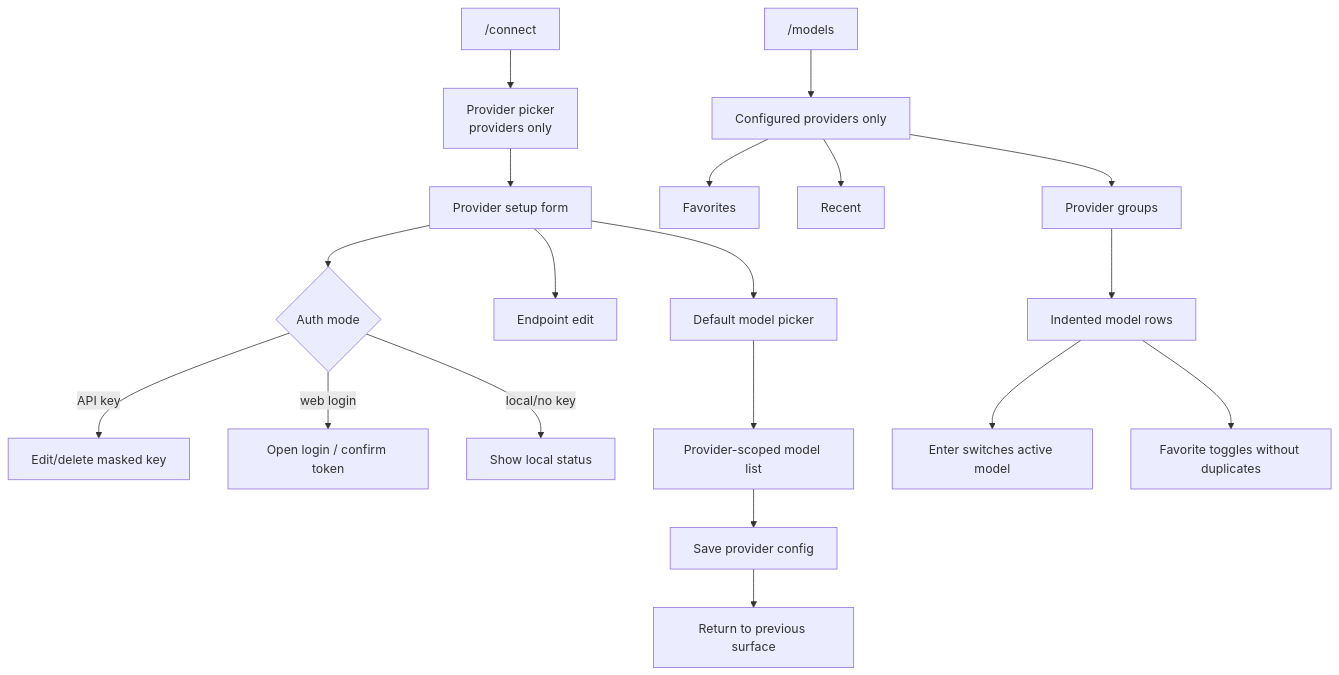
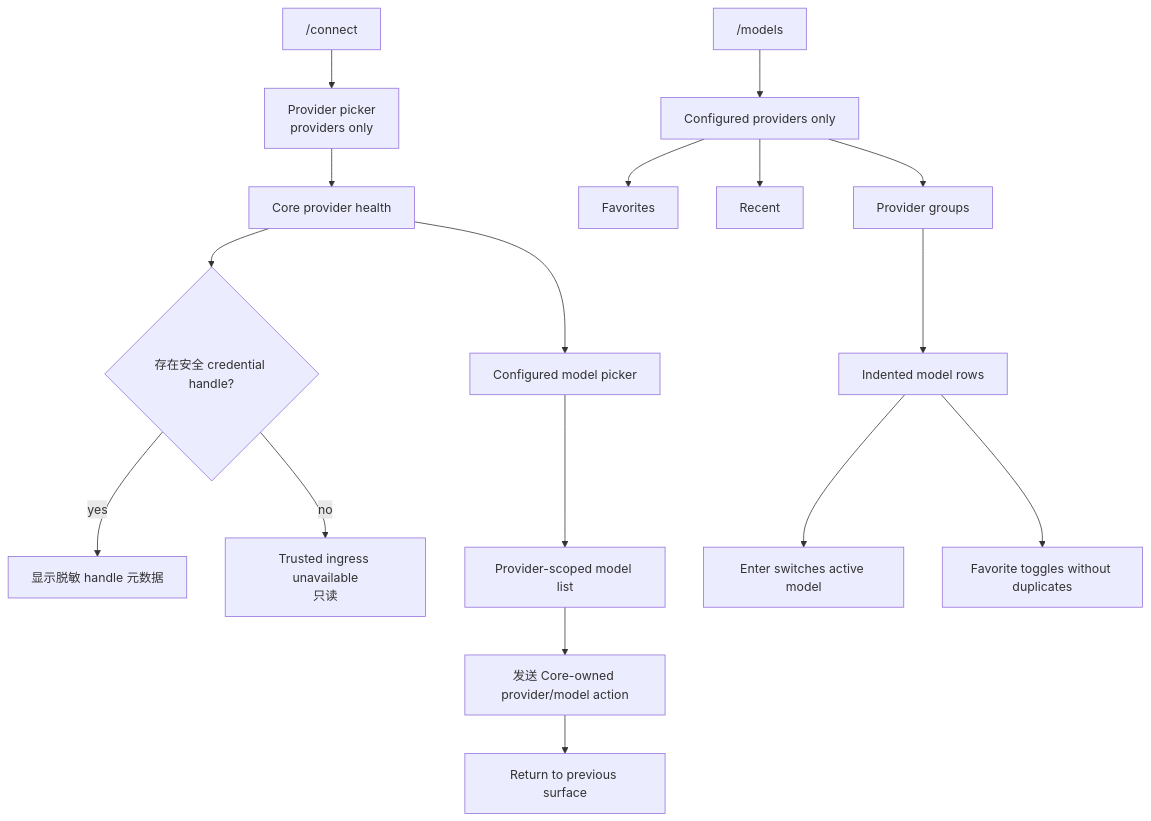
The seventh of 10 diagrams in docs/tui-interaction-flow-design.zh-CN.md (wikieden/robocode), drawn with Mermaid before and after one commit. The commit also changed other lines of this file and 16 other files, not shown here.

````diff
--- a/docs/tui-interaction-flow-design.zh-CN.md
+++ b/docs/tui-interaction-flow-design.zh-CN.md
@@ -229,22 +234,20 @@
 ```mermaid
 flowchart TD
     A["/connect"] --> B["Provider picker<br/>providers only"]
-    B --> C["Provider setup form"]
-    C --> D{"Auth mode"}
-    D -->|API key| E["Edit/delete masked key"]
-    D -->|web login| F["Open login / confirm token"]
-    D -->|local/no key| G["Show local status"]
-    C --> H["Endpoint edit"]
-    C --> I["Default model picker"]
+    B --> C["Core provider health"]
+    C --> D{"存在安全 credential handle?"}
+    D -->|yes| E["显示脱敏 handle 元数据"]
+    D -->|no| F["Trusted ingress unavailable<br/>只读"]
+    C --> I["Configured model picker"]
     I --> J["Provider-scoped model list"]
-    J --> K["Save provider config"]
+    J --> K["发送 Core-owned provider/model action"]
     K --> L["Return to previous surface"]
 
     M["/models"] --> N["Configured providers only"]
     N --> O["Favorites"]
     N --> P["Recent"]
     N --> Q["Provider groups"]
     Q --> R["Indented model rows"]
     R --> S["Enter switches active model"]
     R --> T["Favorite toggles without duplicates"]
 ```
````
